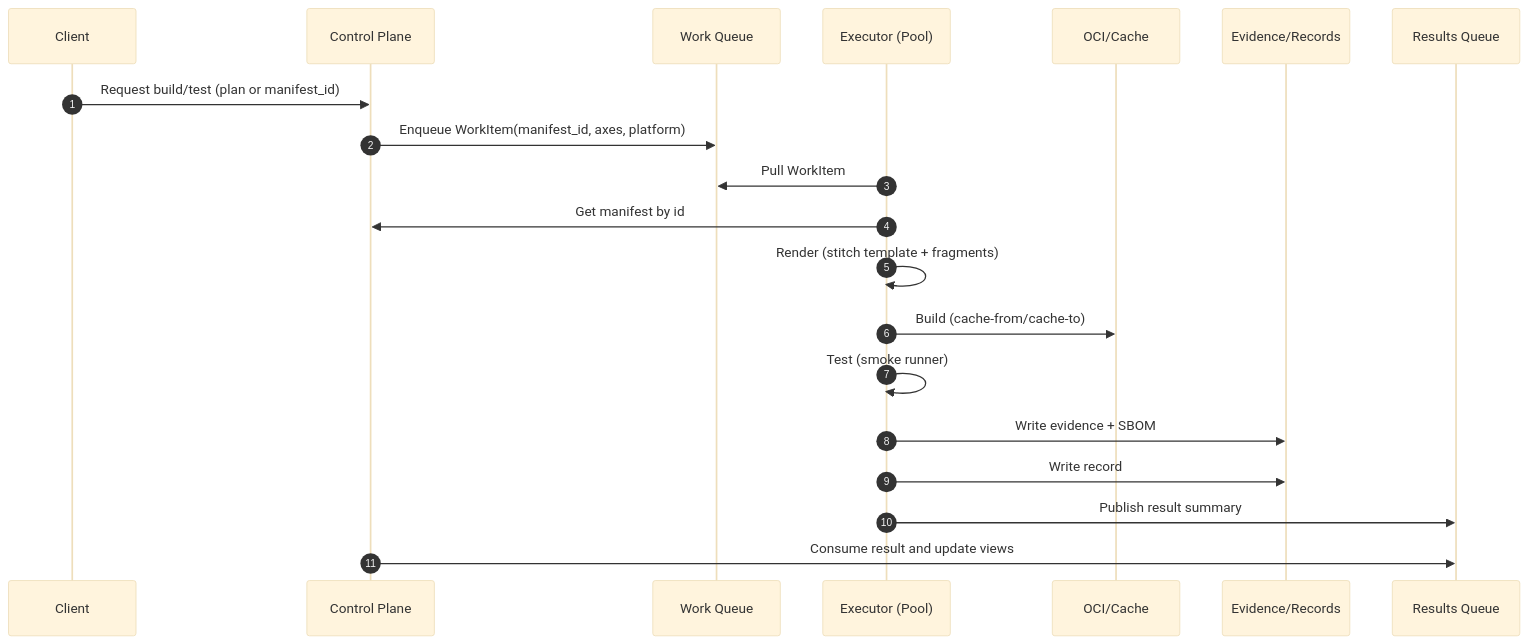
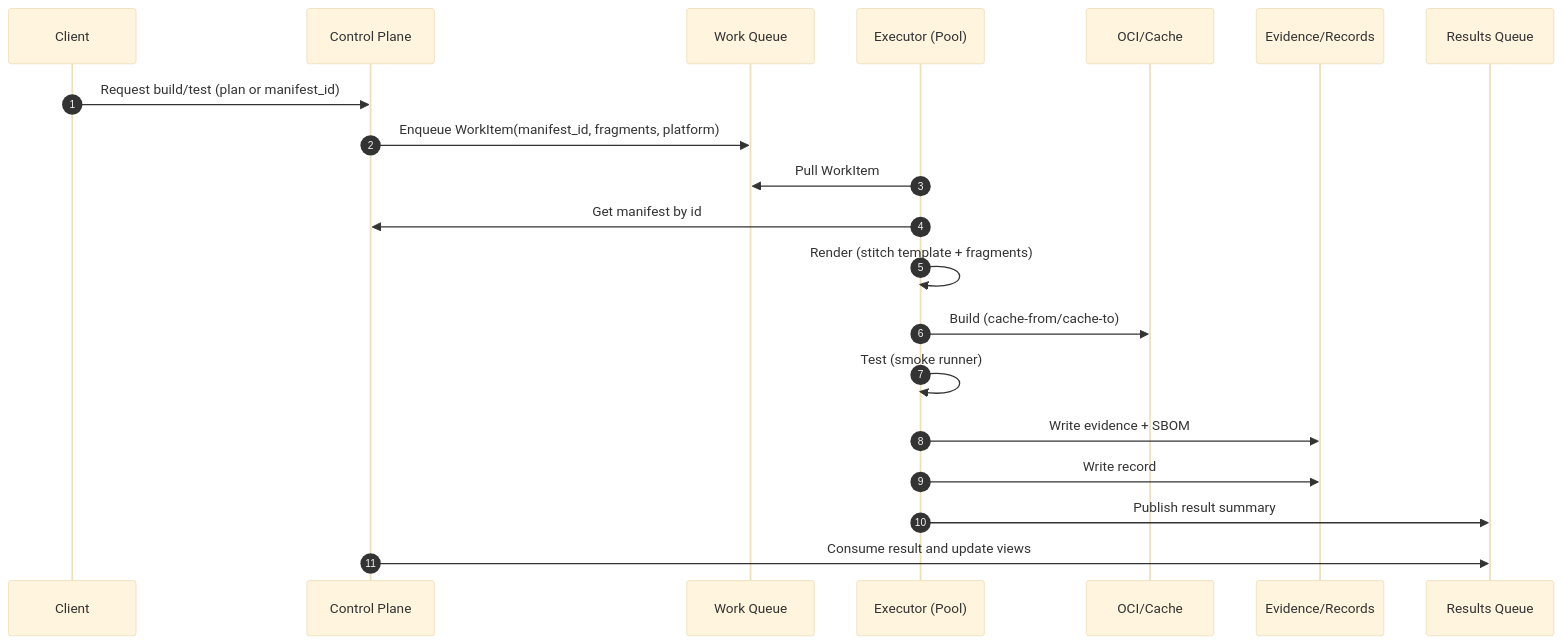
One commit to leucir/factory changed the second of 3 diagrams in scale.md. Above: the diagram before and after it, drawn with Mermaid (base theme). The commit also changed other lines of this file, not shown here.

````diff
--- a/scale.md
+++ b/scale.md
@@ -142,23 +118,23 @@
 ```mermaid
 sequenceDiagram
   autonumber
   participant Client
   participant ControlPlane as Control Plane
   participant WQ as Work Queue
   participant Exec as Executor (Pool)
   participant Registry as OCI/Cache
   participant Store as Evidence/Records
   participant RQ as Results Queue
 
   Client->>ControlPlane: Request build/test (plan or manifest_id)
-  ControlPlane->>WQ: Enqueue WorkItem(manifest_id, axes, platform)
+  ControlPlane->>WQ: Enqueue WorkItem(manifest_id, fragments, platform)
   Exec->>WQ: Pull WorkItem
   Exec->>ControlPlane: Get manifest by id
   Exec->>Exec: Render (stitch template + fragments)
   Exec->>Registry: Build (cache-from/cache-to)
   Exec->>Exec: Test (smoke runner)
   Exec->>Store: Write evidence + SBOM
   Exec->>Store: Write record
   Exec->>RQ: Publish result summary
   ControlPlane->>RQ: Consume result and update views
 ```
````
